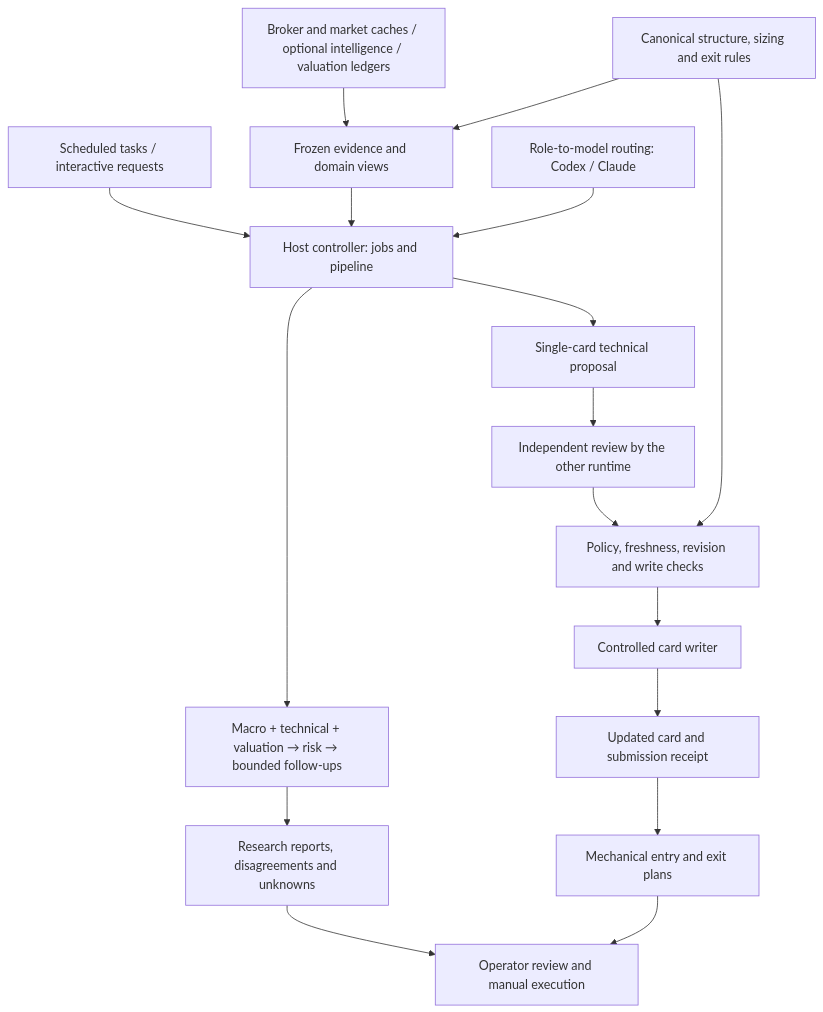
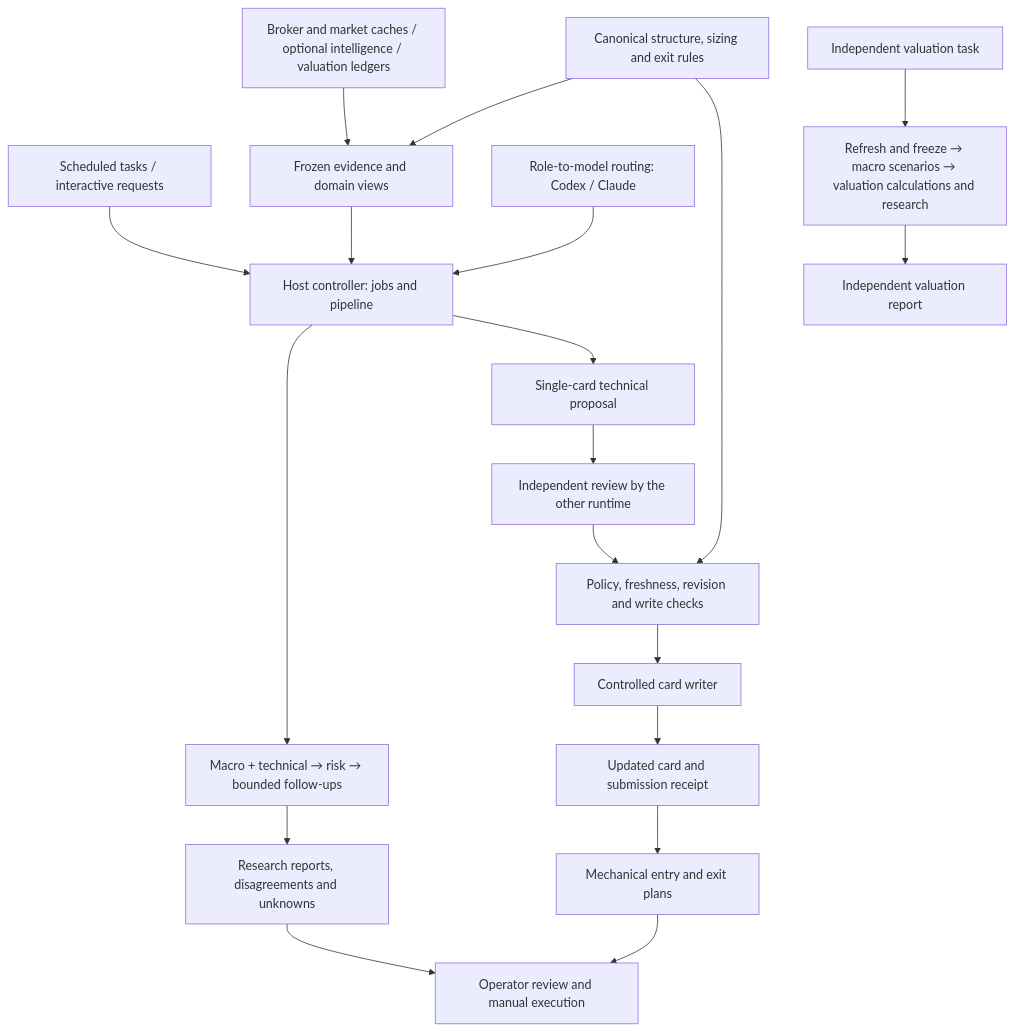
One commit to Coreychen4444/coreytrading changed the diagram in README.md. Above: the diagram before and after it, drawn with Mermaid. The commit also changed other lines of this file and 166 other files, not shown here.

````diff
--- a/README.md
+++ b/README.md
@@ -13,19 +15,21 @@
 ```mermaid
 flowchart TD
     Trigger["Scheduled tasks / interactive requests"] --> Jobs["Host controller: jobs and pipeline"]
     Sources["Broker and market caches / optional intelligence / valuation ledgers"] --> Inputs["Frozen evidence and domain views"]
     Rules["Canonical structure, sizing and exit rules"] --> Inputs
     Inputs --> Jobs
     Routes["Role-to-model routing: Codex / Claude"] --> Jobs
-    Jobs --> Workflow["Macro + technical + valuation → risk → bounded follow-ups"]
+    Jobs --> Workflow["Macro + technical → risk → bounded follow-ups"]
     Workflow --> Reports["Research reports, disagreements and unknowns"]
+    ValTask["Independent valuation task"] --> ValFlow["Refresh and freeze → macro scenarios → valuation calculations and research"]
+    ValFlow --> ValReport["Independent valuation report"]
     Jobs --> Card["Single-card technical proposal"]
     Card --> Review["Independent review by the other runtime"]
     Review --> Submit["Policy, freshness, revision and write checks"]
     Rules --> Submit
     Submit --> Writer["Controlled card writer"]
     Writer --> State["Updated card and submission receipt"]
     State --> Plan["Mechanical entry and exit plans"]
     Reports --> Human["Operator review and manual execution"]
     Plan --> Human
 ```
````
